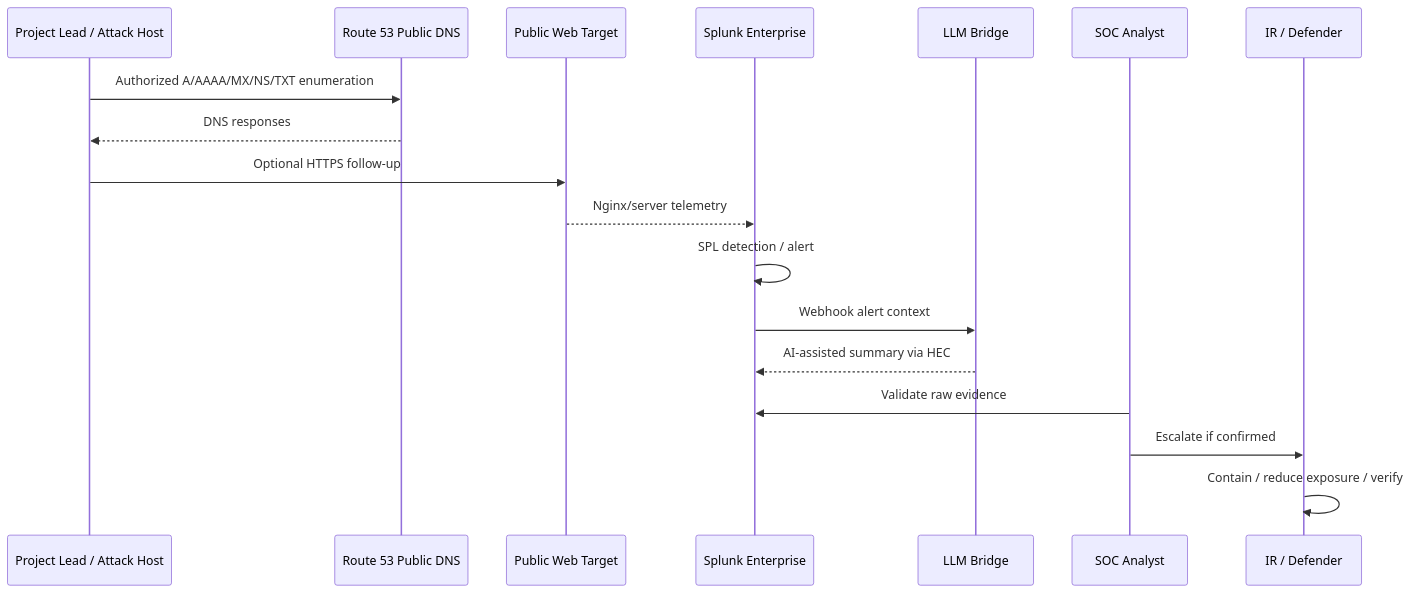
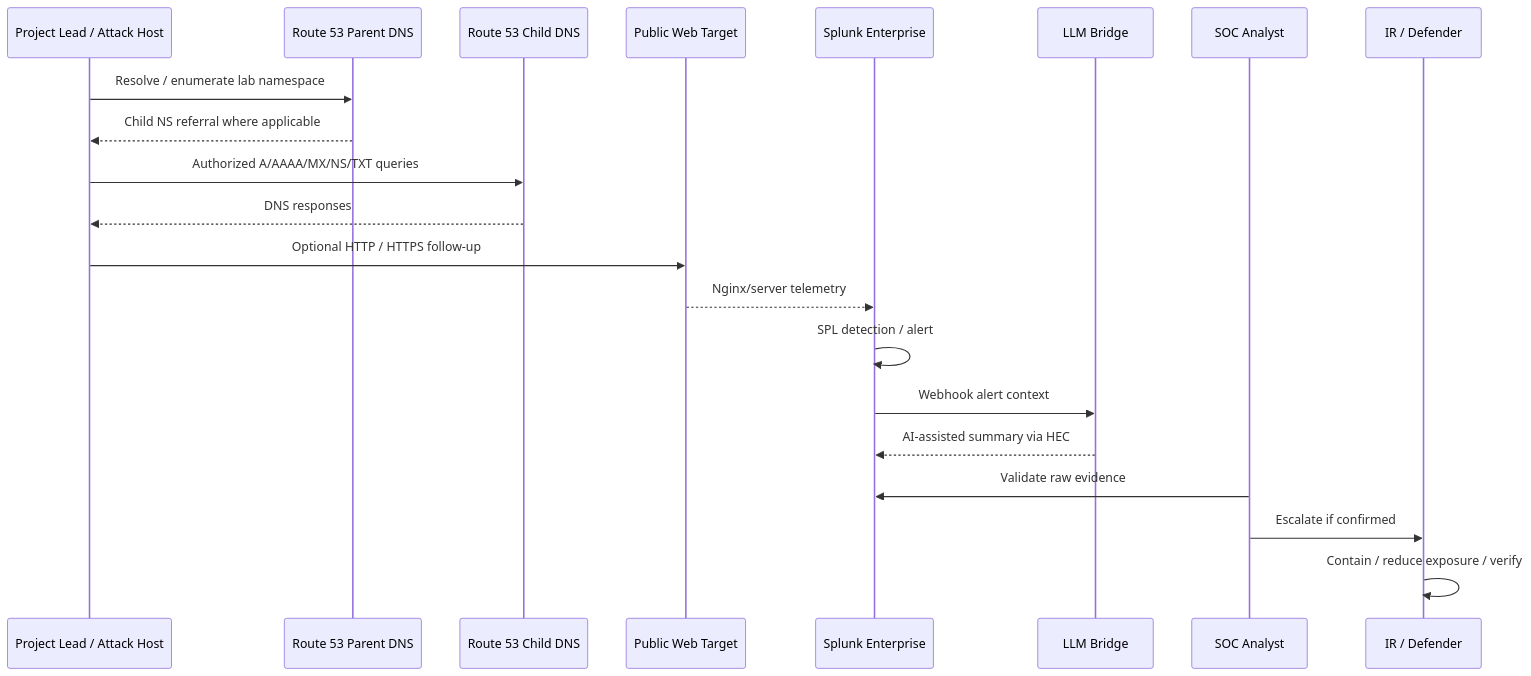
One commit to DNS-SOC-Lab/DNS-Lab-Infrastructure changed the diagram in 01-network-architecture/diagrams/scenario-01-traffic-flow.mmd. Above: the diagram before and after it, drawn with Mermaid. The commit also changed 3 other files, not shown here.

Commit message:
docs(diagrams): draw the DNS handoff

```diff
--- a/01-network-architecture/diagrams/scenario-01-traffic-flow.mmd
+++ b/01-network-architecture/diagrams/scenario-01-traffic-flow.mmd
@@ -1,19 +1,22 @@
 sequenceDiagram
     participant A as Project Lead / Attack Host
-    participant R as Route 53 Public DNS
+    participant P as Route 53 Parent DNS
+    participant C as Route 53 Child DNS
     participant W as Public Web Target
     participant S as Splunk Enterprise
     participant L as LLM Bridge
     participant SOC as SOC Analyst
     participant IR as IR / Defender
 
-    A->>R: Authorized A/AAAA/MX/NS/TXT enumeration
-    R-->>A: DNS responses
-    A->>W: Optional HTTPS follow-up
+    A->>P: Resolve / enumerate lab namespace
+    P-->>A: Child NS referral where applicable
+    A->>C: Authorized A/AAAA/MX/NS/TXT queries
+    C-->>A: DNS responses
+    A->>W: Optional HTTP / HTTPS follow-up
     W-->>S: Nginx/server telemetry
     S->>S: SPL detection / alert
     S->>L: Webhook alert context
     L-->>S: AI-assisted summary via HEC
     SOC->>S: Validate raw evidence
     SOC->>IR: Escalate if confirmed
     IR->>IR: Contain / reduce exposure / verify
```
